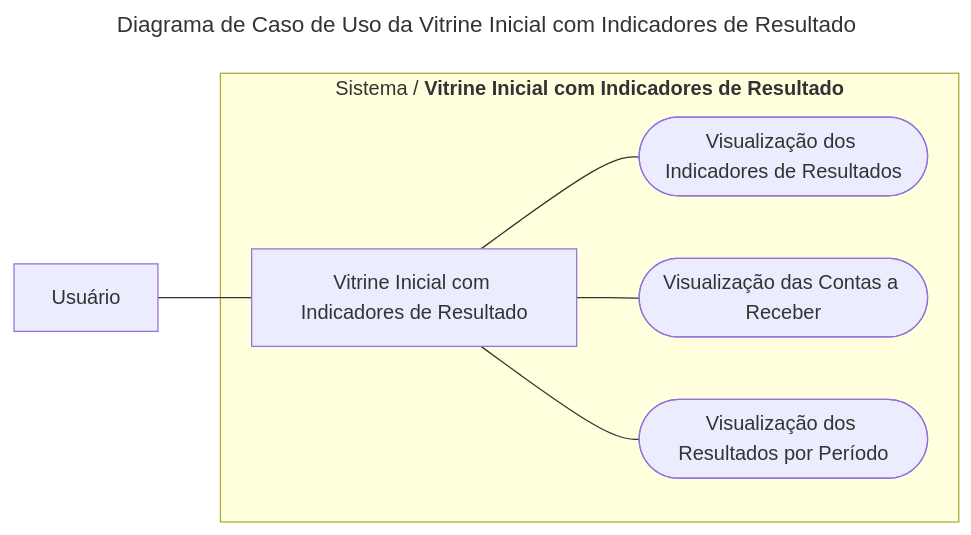
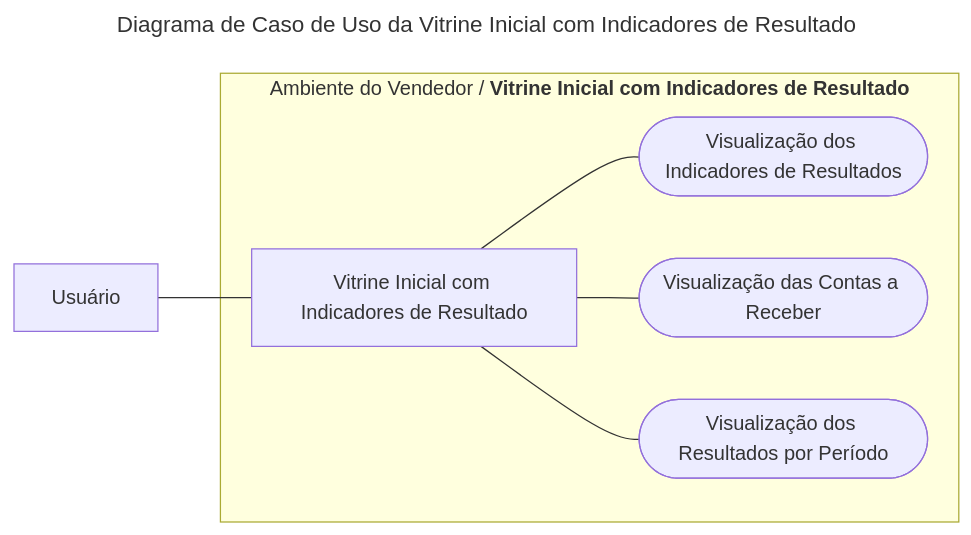
Diagram 11 of 24 in engenharia/diagrams.md (h4mn/fatec_tarefas), drawn with Mermaid before and after one commit. The commit also changed other lines of this file and 2 other files, not shown here.

````diff
--- a/engenharia/diagrams.md
+++ b/engenharia/diagrams.md
@@ -265,12 +265,12 @@
 ```mermaid
 ---
 title: Diagrama de Caso de Uso da Vitrine Inicial com Indicadores de Resultado
 ---
 graph LR
     A[Usuário] --- B[Vitrine Inicial com Indicadores de Resultado]
-    subgraph "`Sistema / **Vitrine Inicial com Indicadores de Resultado**`"
+    subgraph "`Ambiente do Vendedor / **Vitrine Inicial com Indicadores de Resultado**`"
         B --- C([Visualização dos Indicadores de Resultados])
         B --- D([Visualização das Contas a Receber])
         B --- E([Visualização dos Resultados por Período])
     end
 ```
````
